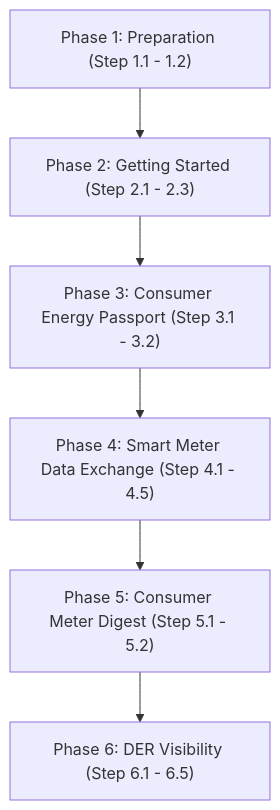
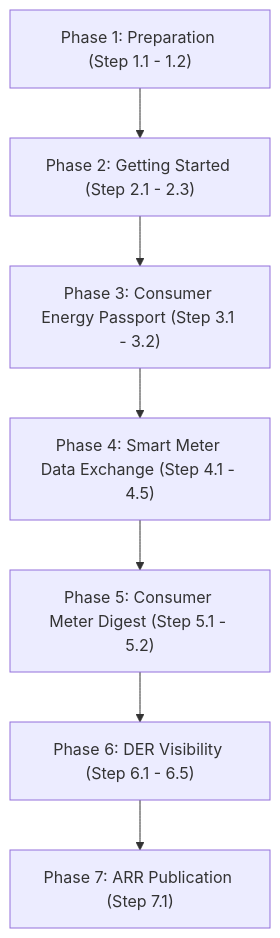
One commit to India-Energy-Stack/ies-accelerator changed the diagram in pathways/utility.md. Above: the diagram before and after it, drawn with Mermaid. The commit also changed other lines of this file, not shown here.

Commit message:
docs(pathways): add Phase 7 ARR Publication to the utility roadmap

````diff
--- a/pathways/utility.md
+++ b/pathways/utility.md
@@ -11,8 +11,9 @@
 ```mermaid
 flowchart TD
     prep["Phase 1: Preparation (Step 1.1 - 1.2)"] --> init["Phase 2: Getting Started (Step 2.1 - 2.3)"]
     init --> passport["Phase 3: Consumer Energy Passport (Step 3.1 - 3.2)"]
     passport --> dex["Phase 4: Smart Meter Data Exchange (Step 4.1 - 4.5)"]
     dex --> bill["Phase 5: Consumer Meter Digest (Step 5.1 - 5.2)"]
     bill --> der["Phase 6: DER Visibility (Step 6.1 - 6.5)"]
+    der --> arr["Phase 7: ARR Publication (Step 7.1)"]
 ```
````
